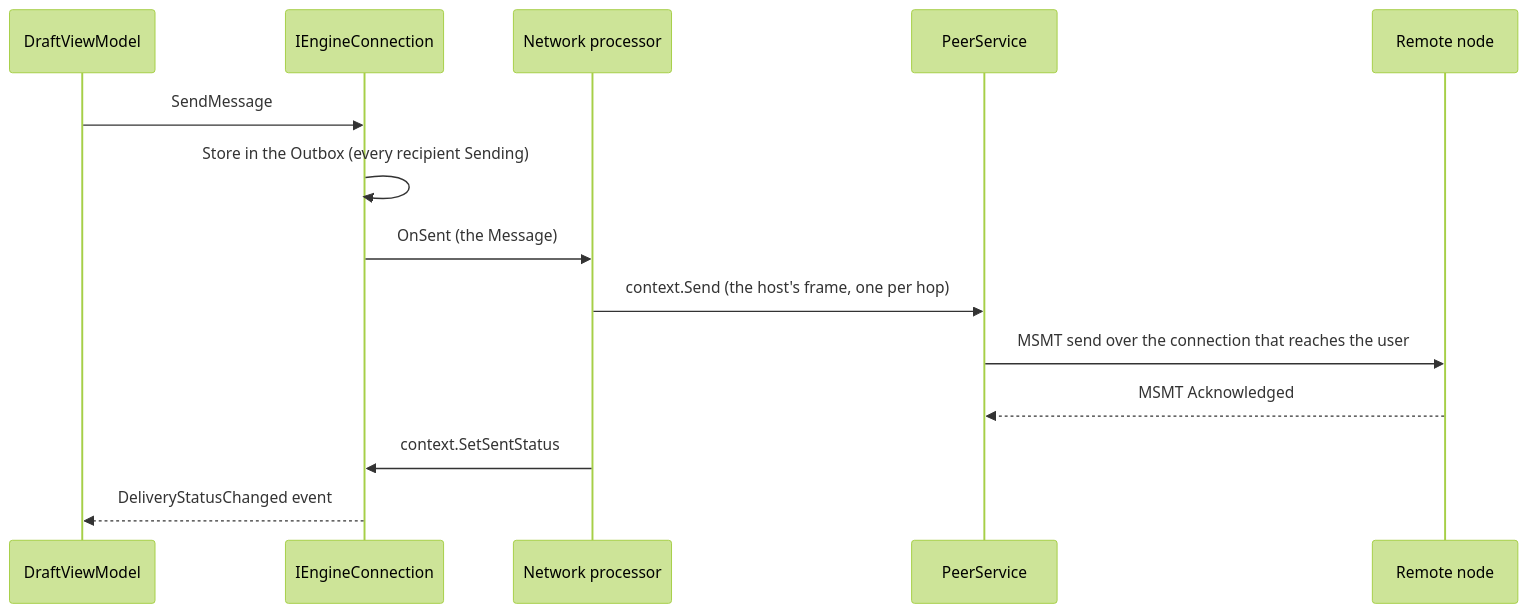
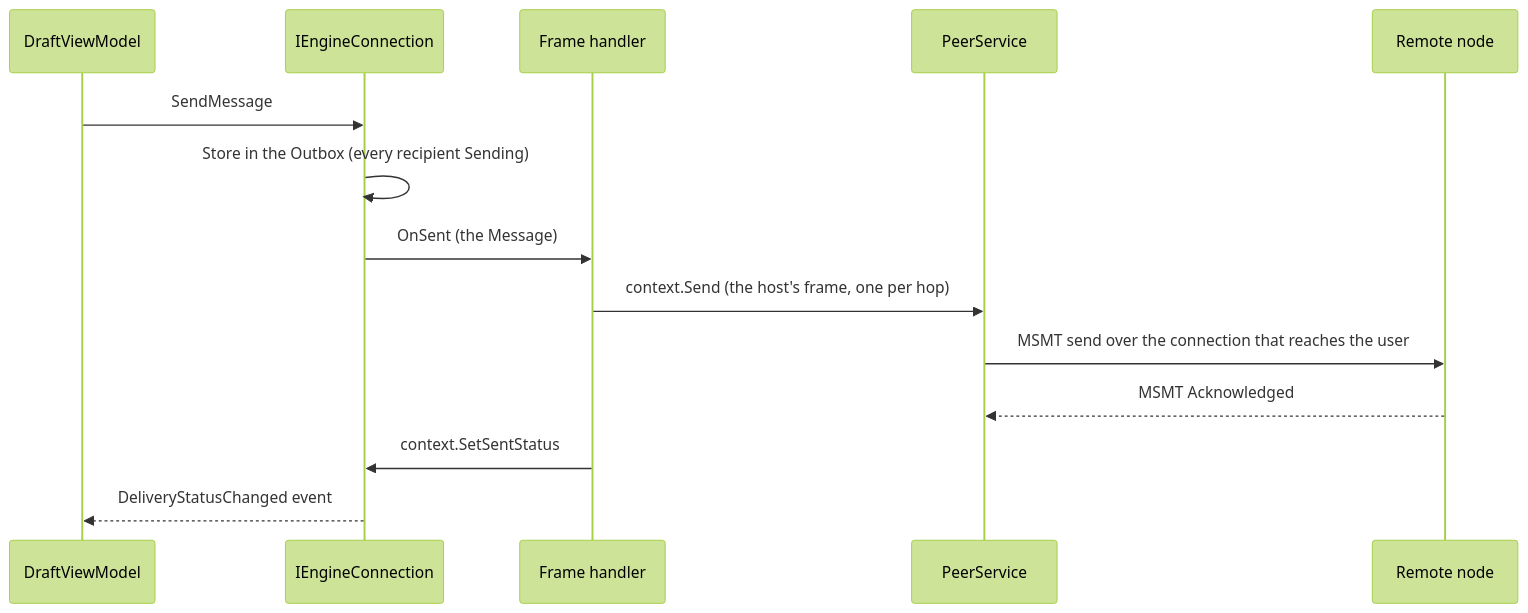
One commit to Blue-Heighliner/Comlink changed the second of 5 diagrams in Docs/Architecture.md. Above: the diagram before and after it, drawn with Mermaid (forest theme). The commit also changed other lines of this file and 108 other files, not shown here.

````diff
--- a/Docs/Architecture.md
+++ b/Docs/Architecture.md
@@ -70,16 +70,16 @@
 ```mermaid
 sequenceDiagram
     participant DVM as DraftViewModel
     participant SC as IEngineConnection
-    participant NP as Network processor
+    participant NP as Frame handler
     participant PS as PeerService
     participant RP as Remote node
     DVM->>SC: SendMessage
     SC->>SC: Store in the Outbox (every recipient Sending)
     SC->>NP: OnSent (the Message)
     NP->>PS: context.Send (the host's frame, one per hop)
     PS->>RP: MSMT send over the connection that reaches the user
     RP-->>PS: MSMT Acknowledged
     NP->>SC: context.SetSentStatus
     SC-->>DVM: DeliveryStatusChanged event
 ```
````
